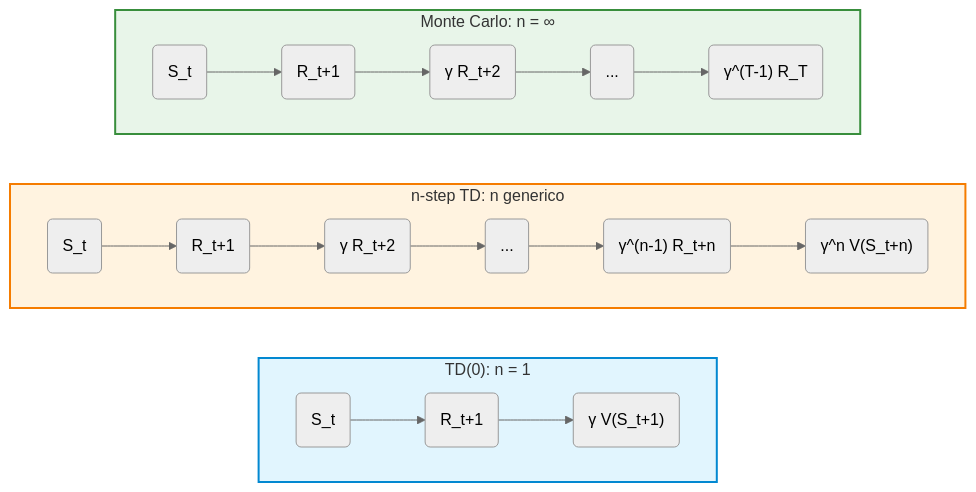
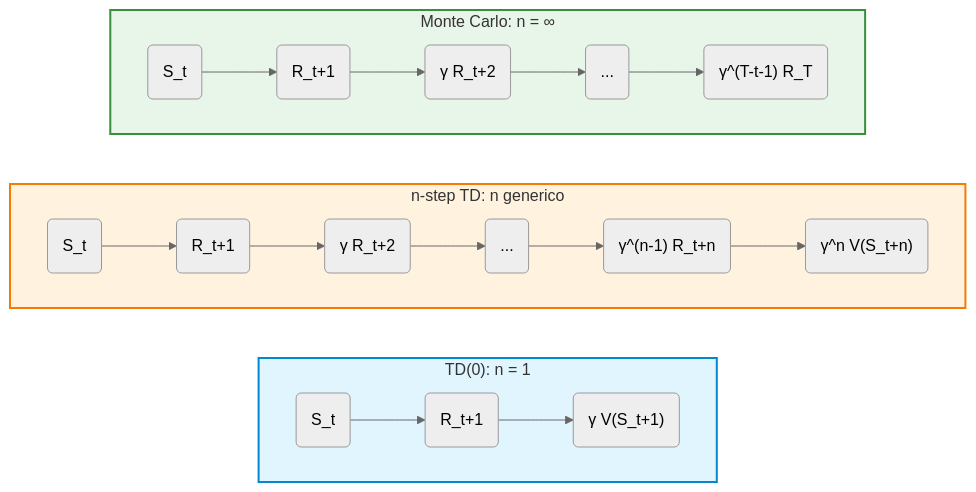
Before and after one commit to giovannistefanuto/Lezionify-Appunti: the first of 5 diagrams in Reinforcement Learning/2026-11-09/schema.md, drawn with Mermaid (neutral theme). The commit also changed other lines of this file and 5 other files, not shown here.

````diff
--- a/Reinforcement Learning/2026-11-09/schema.md
+++ b/Reinforcement Learning/2026-11-09/schema.md
@@ -64,21 +66,21 @@
 ```mermaid
 flowchart LR
     subgraph TD_0 ["TD(0): n = 1"]
         direction LR
         S0("S_t") --> R1("R_t+1") --> Boot1("γ V(S_t+1)")
     end
 
     subgraph TD_N ["n-step TD: n generico"]
         direction LR
         S0_n("S_t") --> R1_n("R_t+1") --> R2_n("γ R_t+2") --> Dots("...") --> Rn("γ^(n-1) R_t+n") --> BootN("γ^n V(S_t+n)")
     end
 
     subgraph MC ["Monte Carlo: n = ∞"]
         direction LR
-        S0_mc("S_t") --> R1_mc("R_t+1") --> R2_mc("γ R_t+2") --> DotsMC("...") --> RT("γ^(T-1) R_T")
+        S0_mc("S_t") --> R1_mc("R_t+1") --> R2_mc("γ R_t+2") --> DotsMC("...") --> RT("γ^(T-t-1) R_T")
     end
 
     style TD_0 fill:#e1f5fe,stroke:#0288d1,stroke-width:2px
     style TD_N fill:#fff3e0,stroke:#f57c00,stroke-width:2px
     style MC fill:#e8f5e9,stroke:#388e3c,stroke-width:2px
 ```
````
